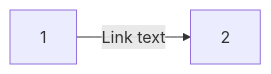
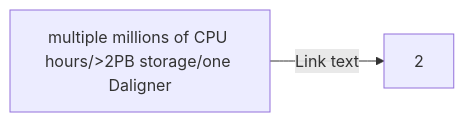
The third of 3 diagrams in presentation.md (Luming-L/NGG), drawn with Mermaid before and after one commit. The commit also changed other lines of this file, not shown here.

````diff
--- a/presentation.md
+++ b/presentation.md
@@ -192,4 +192,4 @@
 ```mermaid
 graph LR
-A[1] -- Link text --> B[2]
+A[multiple millions of CPU hours/>2PB storage/one Daligner] -- Link text --> B[2]
 ```
````
